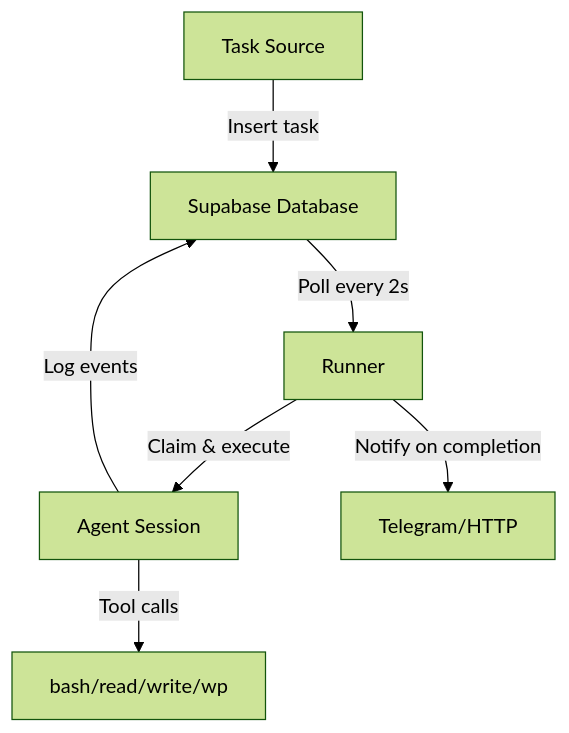
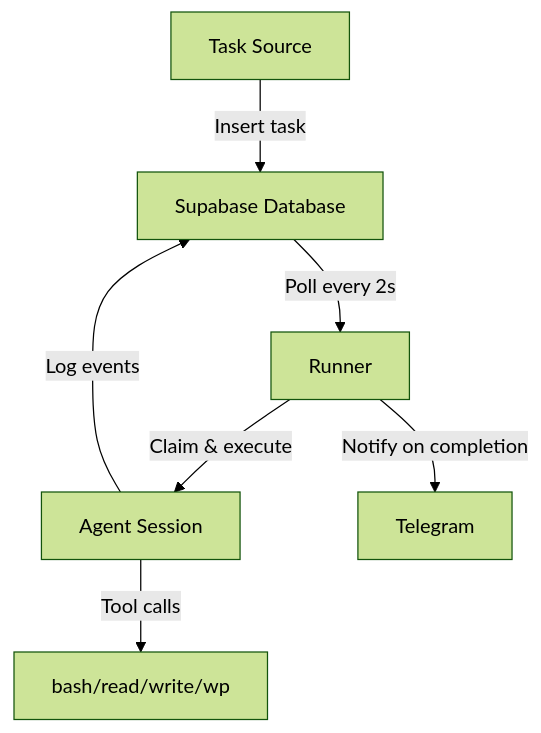
One commit to mintlify-atlas/docs-atlas-8fa3c8bc changed the diagram in introduction.mdx. Above: the diagram before and after it, drawn with Mermaid (forest theme). The commit also changed other lines of this file and 6 other files, not shown here.

````diff
--- a/introduction.mdx
+++ b/introduction.mdx
@@ -61,9 +50,9 @@
 ```mermaid
 graph TD
     A[Task Source] -->|Insert task| B[Supabase Database]
     B -->|Poll every 2s| C[Runner]
     C -->|Claim & execute| D[Agent Session]
     D -->|Tool calls| E[bash/read/write/wp]
     D -->|Log events| B
-    C -->|Notify on completion| F[Telegram/HTTP]
+    C -->|Notify on completion| F[Telegram]
 ```
````
